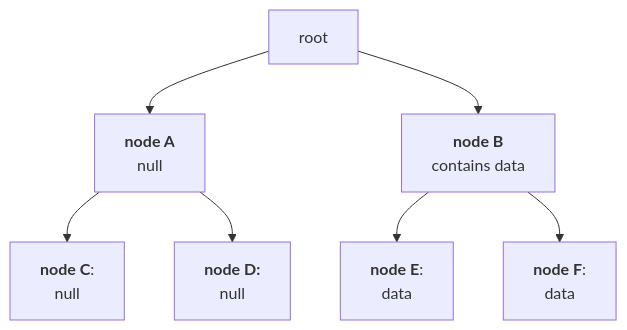
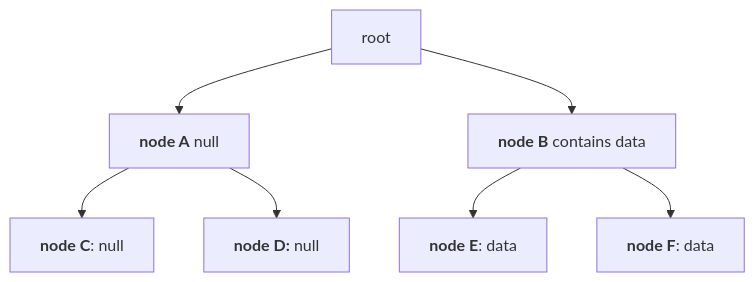
The second of 2 diagrams in docs/architecture/stack/evm-state-manager/index.mdx (Consensys/doc.linea), drawn with Mermaid before and after one commit. The commit also changed other lines of this file and 127 other files, not shown here.

````diff
--- a/docs/architecture/stack/evm-state-manager/index.mdx
+++ b/docs/architecture/stack/evm-state-manager/index.mdx
@@ -84,12 +58,6 @@
     ```mermaid
-    flowchart TD
-        A[root] --> B["`**node A**`"
-        null] & C["`**node B**`"
-        contains data]
-        B --> D["`**node C**`":
-        null] & E["`**node D:**`"
-        null]
-        C --> F["`**node E**`":
-        data] & G["`**node F**`":
-        data]
+    flowchart TD 
+    A[root] --> B["`**node A**`" null] & C["`**node B**`" contains data] 
+    B --> D["`**node C**`": null] & E["`**node D:**`" null]
+    C --> F["`**node E**`": data] & G["`**node F**`": data] 
     ```
````
